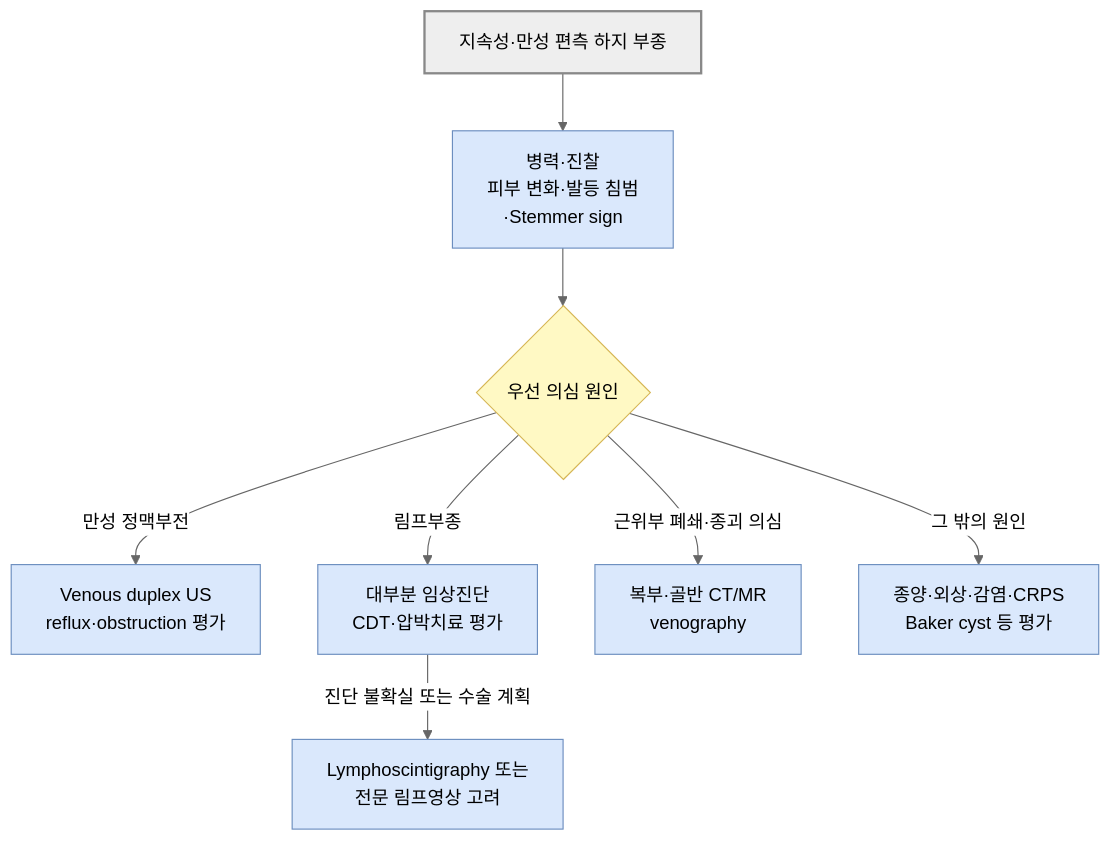
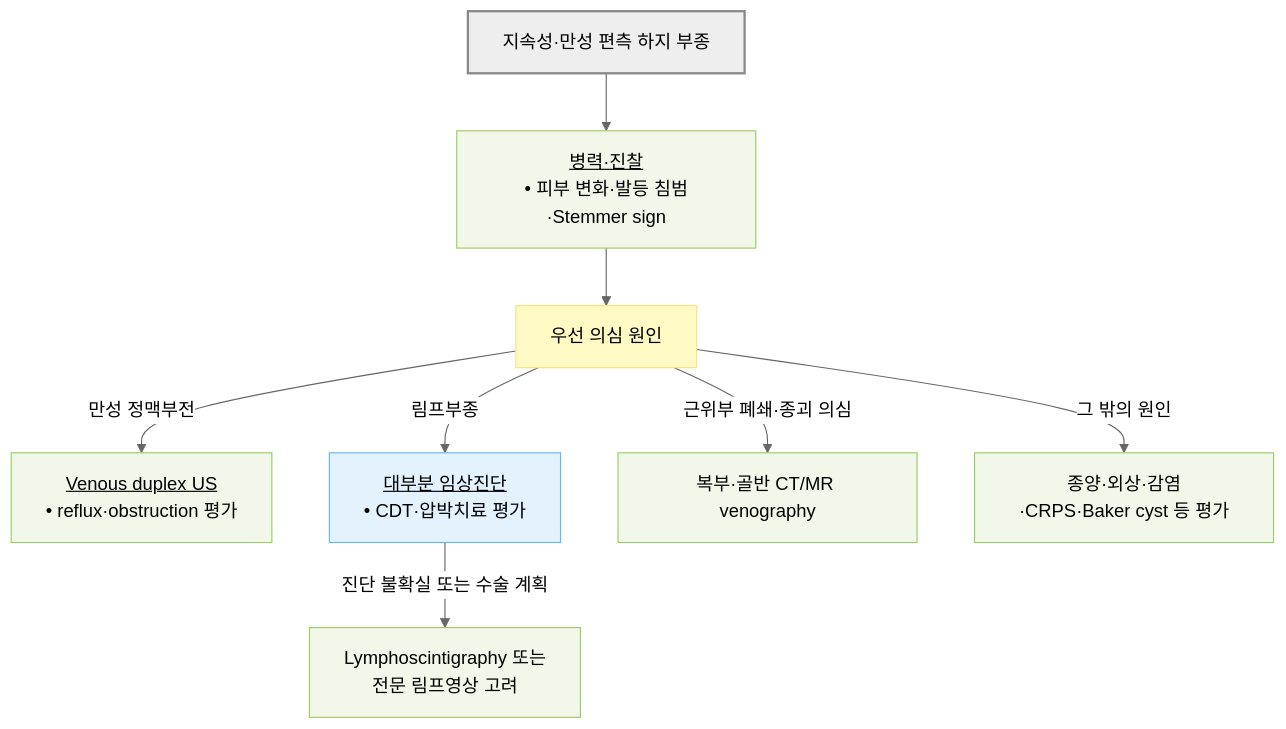
The second of 4 diagrams in 220_/012_-edema.md (familyoh77/familyoh77), drawn with Mermaid (neutral theme) before and after one commit. The commit also changed other lines of this file and 13 other files, not shown here.

````diff
--- a/220_/012_-edema.md
+++ b/220_/012_-edema.md
@@ -258,23 +244,19 @@
 ```mermaid
 flowchart TD
-SG2["지속성·만성 편측 하지 부종"] --> B2["`병력·진찰
-피부 변화·발등 침범
-·Stemmer sign`"]
-        B2 --> C2{"우선 의심 원인"}
-        C2 -- "만성 정맥부전" --> D2["`Venous duplex US
-reflux·obstruction 평가`"]
-        C2 -- "림프부종" --> E2["`대부분 임상진단
-CDT·압박치료 평가`"]
-        C2 -- "근위부 폐쇄·종괴 의심" --> F2["`복부·골반 CT/MR
- venography`"]
-        C2 -- "그 밖의 원인" --> G2["`종양·외상·감염·CRPS
-Baker cyst 등 평가`"]
-        E2 -- "진단 불확실 또는 수술 계획" --> H2["`Lymphoscintigraphy 또는
-전문 림프영상 고려`"]
-    classDef start fill:#eee,stroke:#888,stroke-width:2px
-    classDef decision fill:#fff9c4,stroke:#d6b656
-    classDef treatment fill:#dae8fc,stroke:#6c8ebf
-    class SG2,B2,C2,D2,E2,F2,G2,H2 treatment
+    SG2["지속성·만성 편측 하지 부종"] --> B2["<u>병력·진찰</u><br/>• 피부 변화·발등 침범·Stemmer sign"]
+    B2 --> C2["우선 의심 원인"]
+    C2 -- "만성 정맥부전" --> D2["<u>Venous duplex US</u><br/>• reflux·obstruction 평가"]
+    C2 -- "림프부종" --> E2["<u>대부분 임상진단</u><br/>• CDT·압박치료 평가"]
+    C2 -- "근위부 폐쇄·종괴 의심" --> F2["복부·골반 CT/MR venography"]
+    C2 -- "그 밖의 원인" --> G2["종양·외상·감염·CRPS·Baker cyst 등 평가"]
+    E2 -- "진단 불확실 또는 수술 계획" --> H2["Lymphoscintigraphy 또는<br/>전문 림프영상 고려"]
+
+    classDef start fill:#eeeeee,stroke:#888888,stroke-width:2px
+    classDef question fill:#fff9c4,stroke:#ffe082
+    classDef evaluation fill:#f1f8e9,stroke:#9ccc65
+    classDef treatment fill:#e3f2fd,stroke:#64b5f6
     class SG2 start
-    class C2 decision
+    class C2 question
+    class B2,D2,F2,G2,H2 evaluation
+    class E2 treatment
 ```
````
